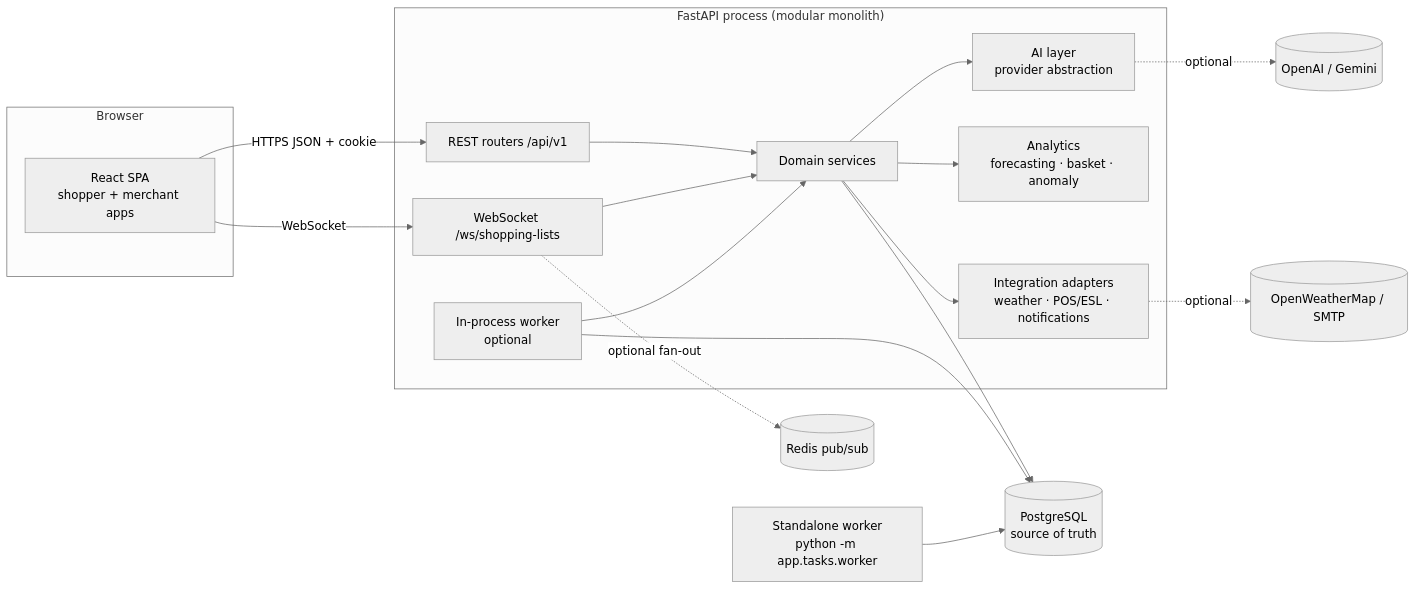
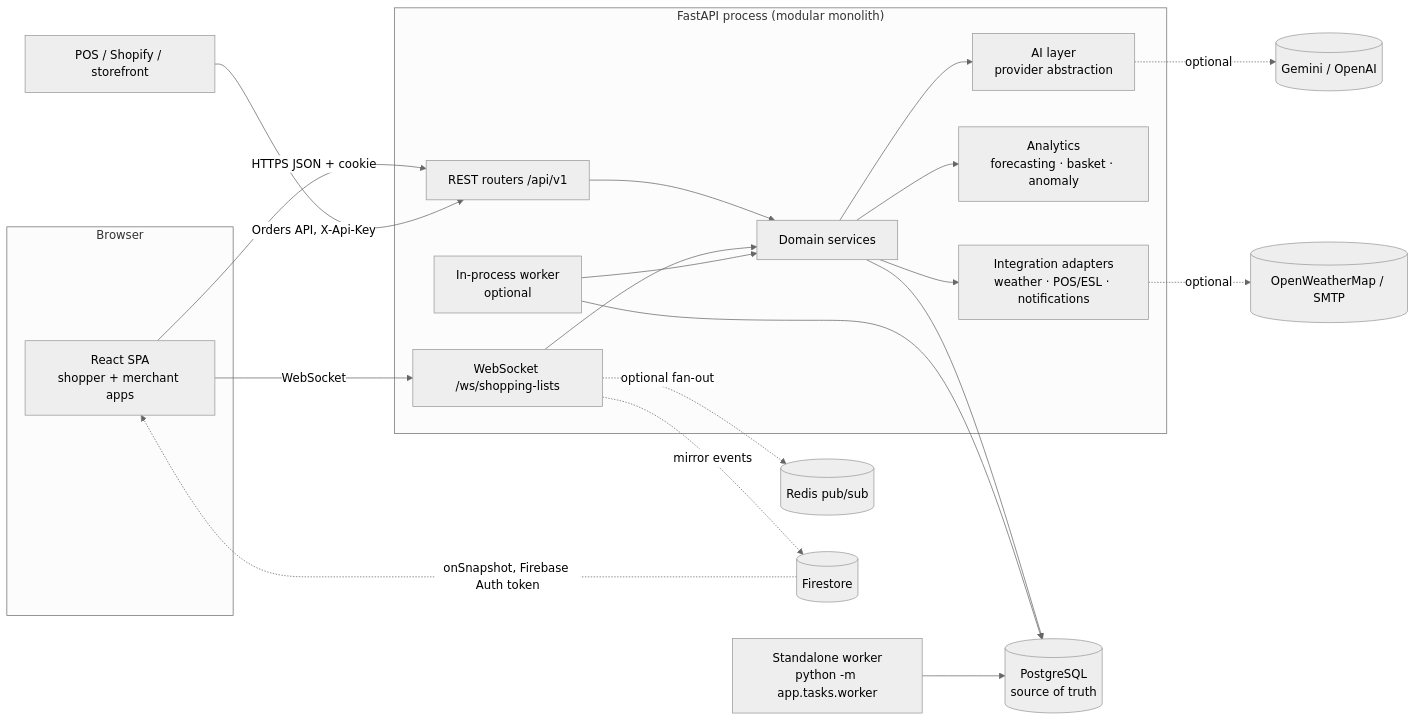
One commit to XeHunter/Ai_builder changed the diagram in ARCHITECTURE.md. Above: the diagram before and after it, drawn with Mermaid (neutral theme). The commit also changed other lines of this file and 9 other files, not shown here.

````diff
--- a/ARCHITECTURE.md
+++ b/ARCHITECTURE.md
@@ -10,22 +10,25 @@
 ```mermaid
 flowchart LR
   subgraph Browser
     SPA[React SPA<br/>shopper + merchant apps]
   end
   subgraph API["FastAPI process (modular monolith)"]
     R[REST routers /api/v1] --> S[Domain services]
     WS[WebSocket /ws/shopping-lists] --> S
     S --> AI[AI layer<br/>provider abstraction]
     S --> AN[Analytics<br/>forecasting · basket · anomaly]
     S --> INT[Integration adapters<br/>weather · POS/ESL · notifications]
     W[In-process worker<br/>optional] --> S
   end
   SPA -- HTTPS JSON + cookie --> R
   SPA -- WebSocket --> WS
   S --> PG[(PostgreSQL<br/>source of truth)]
   W --> PG
   WK[Standalone worker<br/>python -m app.tasks.worker] --> PG
   WS -. optional fan-out .-> RD[(Redis pub/sub)]
-  AI -. optional .-> LLM[(OpenAI / Gemini)]
+  WS -. mirror events .-> FS[(Firestore)]
+  FS -. onSnapshot, Firebase Auth token .-> SPA
+  CH[POS / Shopify / storefront] -- Orders API, X-Api-Key --> R
+  AI -. optional .-> LLM[(Gemini / OpenAI)]
   INT -. optional .-> EXT[(OpenWeatherMap / SMTP)]
 ```
````
